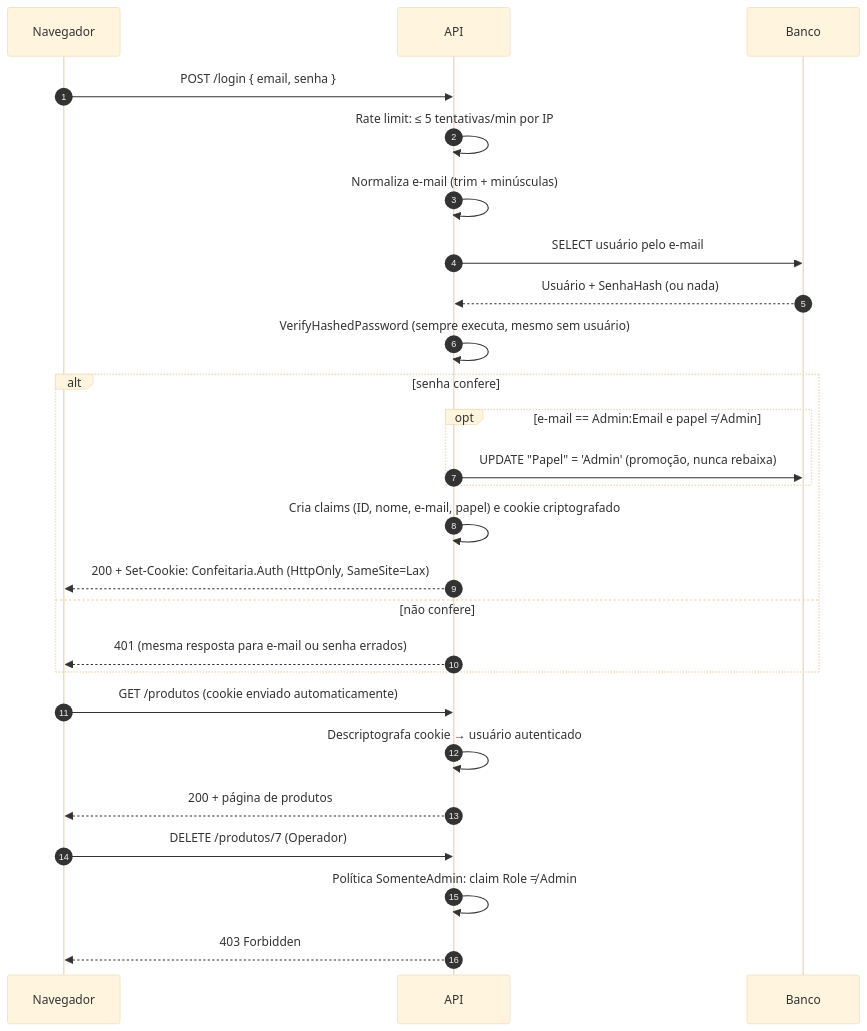
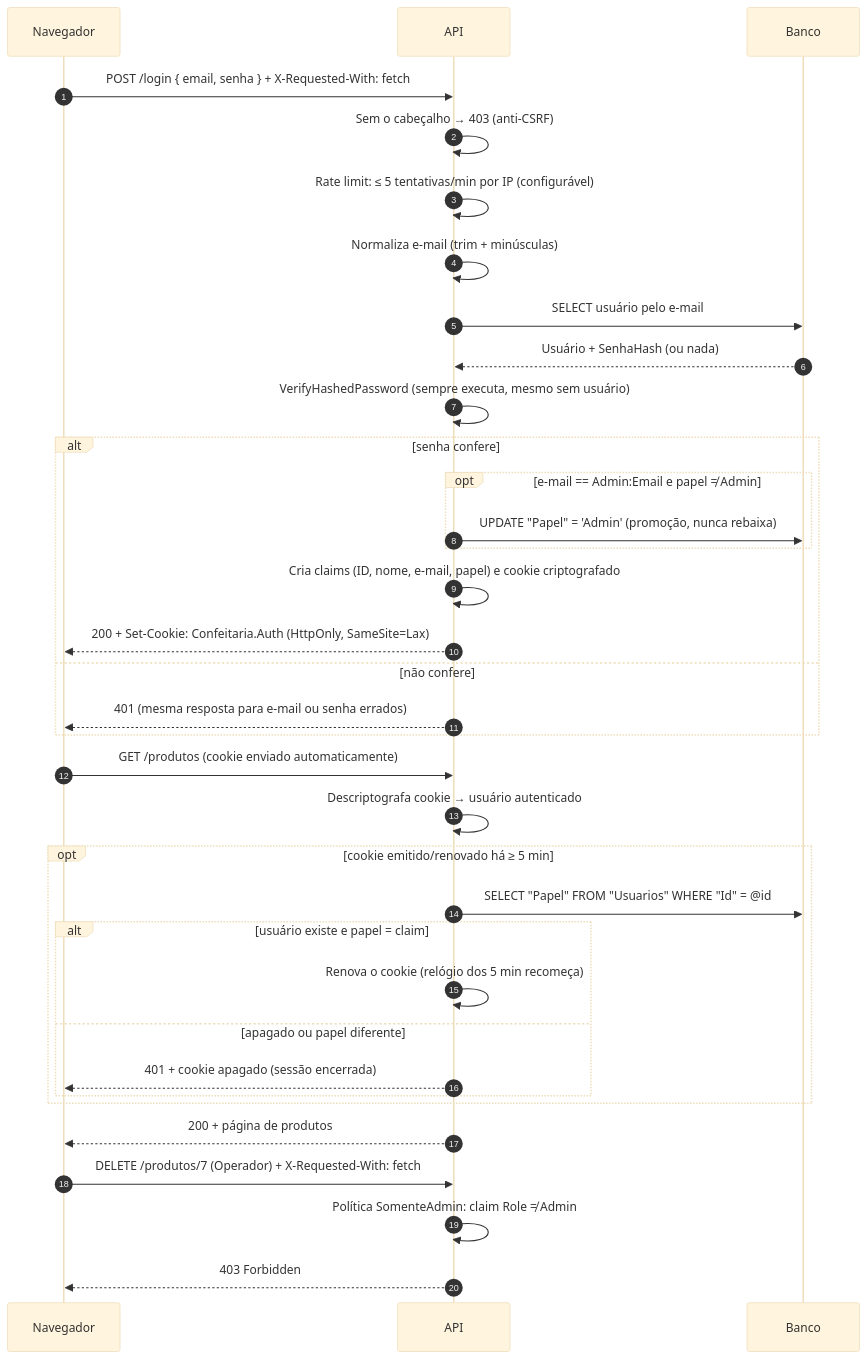
Before and after one commit to MatheusRamos1223/CRUDConfeitaria: the diagram in docs/autenticacao.md, drawn with Mermaid (base theme). The commit also changed other lines of this file, not shown here.

First line of the commit message:
docs(autenticacao): revalidação de sessão (R35), anti-CSRF, cabeçalhos, RLS e novos limites

````diff
--- a/docs/autenticacao.md
+++ b/docs/autenticacao.md
@@ -20,31 +20,40 @@
 ```mermaid
 sequenceDiagram
     autonumber
     participant N as Navegador
     participant A as API
     participant B as Banco
 
-    N->>A: POST /login { email, senha }
-    A->>A: Rate limit: ≤ 5 tentativas/min por IP
+    N->>A: POST /login { email, senha } + X-Requested-With: fetch
+    A->>A: Sem o cabeçalho → 403 (anti-CSRF)
+    A->>A: Rate limit: ≤ 5 tentativas/min por IP (configurável)
     A->>A: Normaliza e-mail (trim + minúsculas)
     A->>B: SELECT usuário pelo e-mail
     B-->>A: Usuário + SenhaHash (ou nada)
     A->>A: VerifyHashedPassword (sempre executa, mesmo sem usuário)
     alt senha confere
         opt e-mail == Admin:Email e papel ≠ Admin
             A->>B: UPDATE "Papel" = 'Admin' (promoção, nunca rebaixa)
         end
         A->>A: Cria claims (ID, nome, e-mail, papel) e cookie criptografado
         A-->>N: 200 + Set-Cookie: Confeitaria.Auth (HttpOnly, SameSite=Lax)
     else não confere
         A-->>N: 401 (mesma resposta para e-mail ou senha errados)
     end
 
     N->>A: GET /produtos (cookie enviado automaticamente)
     A->>A: Descriptografa cookie → usuário autenticado
+    opt cookie emitido/renovado há ≥ 5 min
+        A->>B: SELECT "Papel" FROM "Usuarios" WHERE "Id" = @id
+        alt usuário existe e papel = claim
+            A->>A: Renova o cookie (relógio dos 5 min recomeça)
+        else apagado ou papel diferente
+            A-->>N: 401 + cookie apagado (sessão encerrada)
+        end
+    end
     A-->>N: 200 + página de produtos
 
-    N->>A: DELETE /produtos/7 (Operador)
+    N->>A: DELETE /produtos/7 (Operador) + X-Requested-With: fetch
     A->>A: Política SomenteAdmin: claim Role ≠ Admin
     A-->>N: 403 Forbidden
 ```
````
